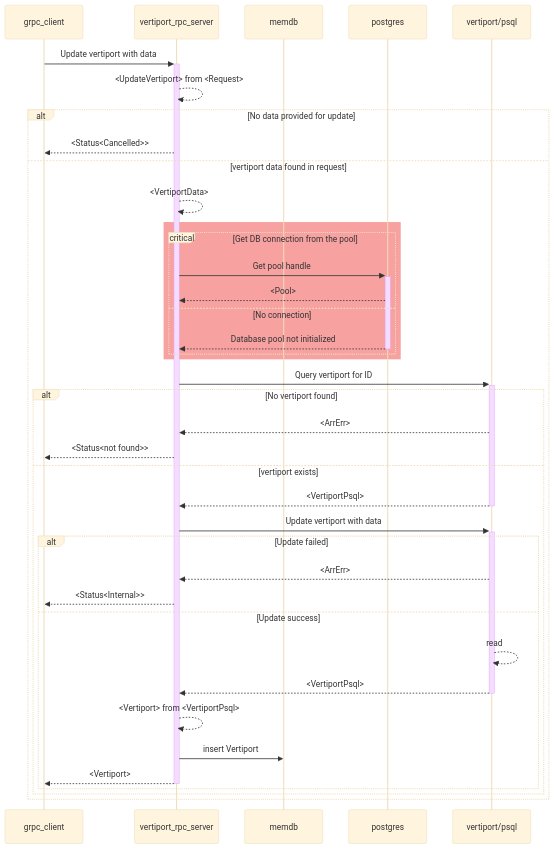
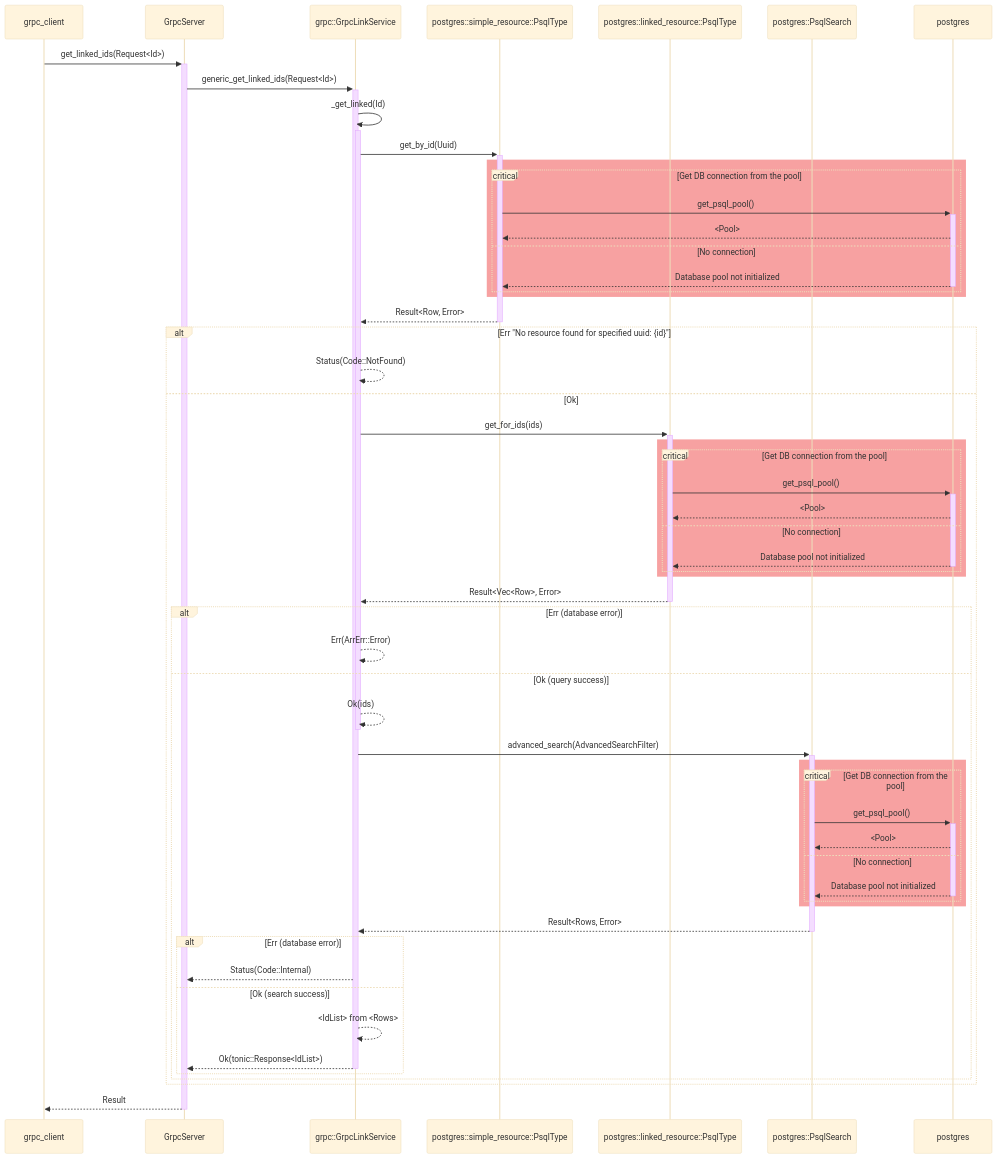
Before and after one commit to aetheric-oss/svc-storage: diagram 11 of 13 in docs/sdd.md, drawn with Mermaid (base theme). The commit also changed other lines of this file and 2 other files, not shown here.

````diff
--- a/docs/sdd.md
+++ b/docs/sdd.md
@@ -423,41 +512,59 @@
 ```mermaid
 sequenceDiagram
     participant client as grpc_client
-    participant grpc as vertiport_rpc_server
-    participant memdb as memdb
+    participant grpc_server as GrpcServer
+    participant grpc_service as grpc::GrpcLinkService
+    participant psql_simple as postgres::simple_resource::PsqlType
+    participant psql_linked as postgres::linked_resource::PsqlType
+    participant psql_search as postgres::PsqlSearch
     participant psql as postgres
-    participant psql_vp as vertiport/psql
-    client->>+grpc: Update vertiport with data
-    grpc-->>grpc: <UpdateVertiport> from <Request>
-    alt No data provided for update
-        grpc-->>client: <Status<Cancelled>>
-    else vertiport data found in request
-        grpc-->>grpc: <VertiportData>
+    client->>+grpc_server: get_linked_ids(Request<Id>)
+    grpc_server->>+grpc_service: generic_get_linked_ids(Request<Id>)
+    grpc_service->>+grpc_service: _get_linked(Id)
+    grpc_service->>+psql_simple: get_by_id(Uuid)
+    rect rgb(247, 161, 161)
+        critical Get DB connection from the pool
+            psql_simple->>+psql: get_psql_pool()
+            psql-->>psql_simple: <Pool>
+        option No connection
+            psql-->>-psql_simple: Database pool not initialized
+        end
+    end
+    psql_simple-->>-grpc_service: Result<Row, Error>
+    alt Err "No resource found for specified uuid: {id}"
+        grpc_service-->>grpc_service: Status(Code::NotFound)
+    else Ok
+        grpc_service->>+psql_linked: get_for_ids(ids)
         rect rgb(247, 161, 161)
             critical Get DB connection from the pool
-                grpc->>+psql: Get pool handle
-                psql-->>grpc: <Pool>
+                psql_linked->>+psql: get_psql_pool()
+                psql-->>psql_linked: <Pool>
             option No connection
-                psql-->>-grpc: Database pool not initialized
+                psql-->>-psql_linked: Database pool not initialized
             end
         end
-        grpc->>+psql_vp: Query vertiport for ID
-        alt No vertiport found
-            psql_vp-->>grpc: <ArrErr>
-            grpc-->>client: <Status<not found>>
-        else vertiport exists
-            psql_vp-->>-grpc: <VertiportPsql>
-            grpc->>+psql_vp: Update vertiport with data
-            alt Update failed
-                psql_vp-->>grpc: <ArrErr>
-                grpc-->>client: <Status<Internal>>
-            else Update success
-                psql_vp-->>psql_vp: read
-                psql_vp-->>-grpc: <VertiportPsql>
-                grpc-->>grpc: <Vertiport> from <VertiportPsql>
-                grpc->>memdb: insert Vertiport
-                grpc-->>-client: <Vertiport>
+        psql_linked-->>-grpc_service: Result<Vec<Row>, Error>
+        alt Err (database error)
+            grpc_service-->>grpc_service: Err(ArrErr::Error)
+        else Ok (query success)
+            grpc_service-->>-grpc_service: Ok(ids)
+            grpc_service->>+psql_search: advanced_search(AdvancedSearchFilter)
+            rect rgb(247, 161, 161)
+                critical Get DB connection from the pool
+                    psql_search->>+psql: get_psql_pool()
+                    psql-->>psql_search: <Pool>
+                option No connection
+                    psql-->>-psql_search: Database pool not initialized
+                end
+            end
+            psql_search-->>-grpc_service: Result<Rows, Error>
+            alt Err (database error)
+                grpc_service-->>grpc_server: Status(Code::Internal)
+            else Ok (search success)
+                grpc_service-->>grpc_service: <IdList> from <Rows>
+                grpc_service-->>-grpc_server: Ok(tonic::Response<IdList>)
             end
         end
     end
+    grpc_server-->>-client: Result
 ```
````
